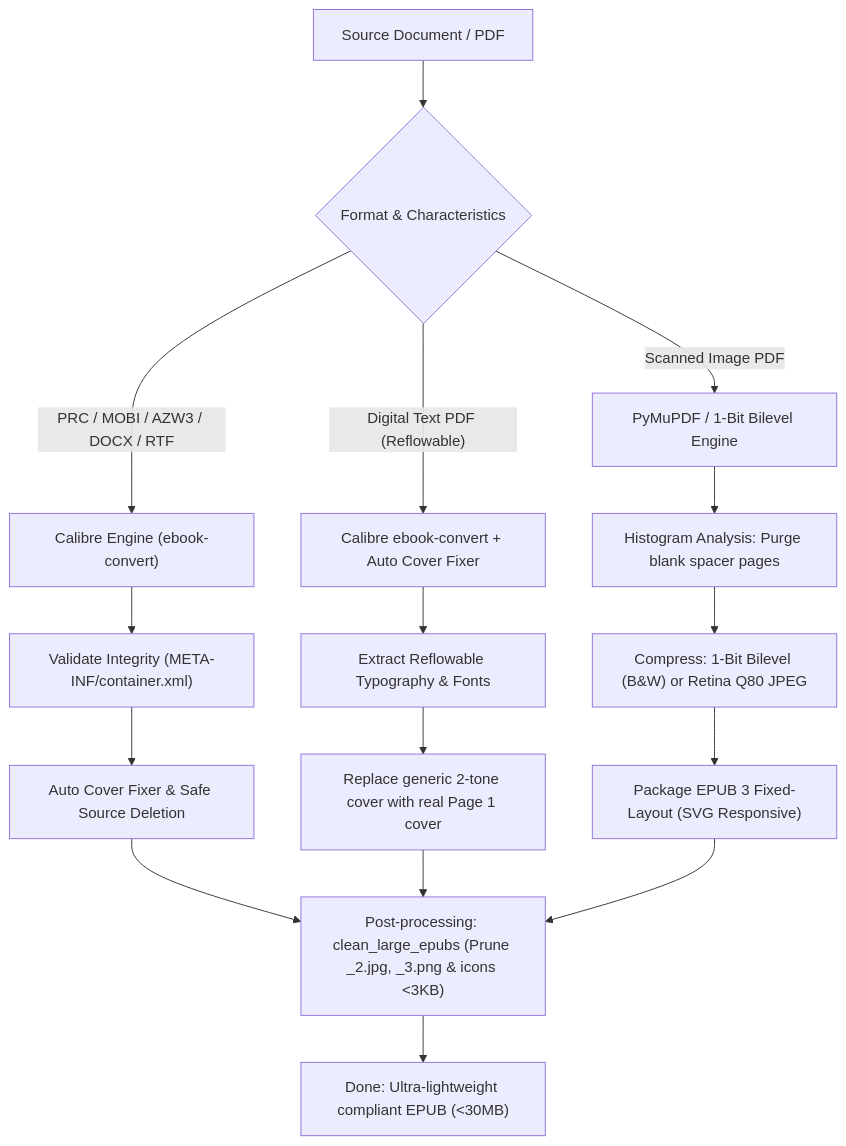
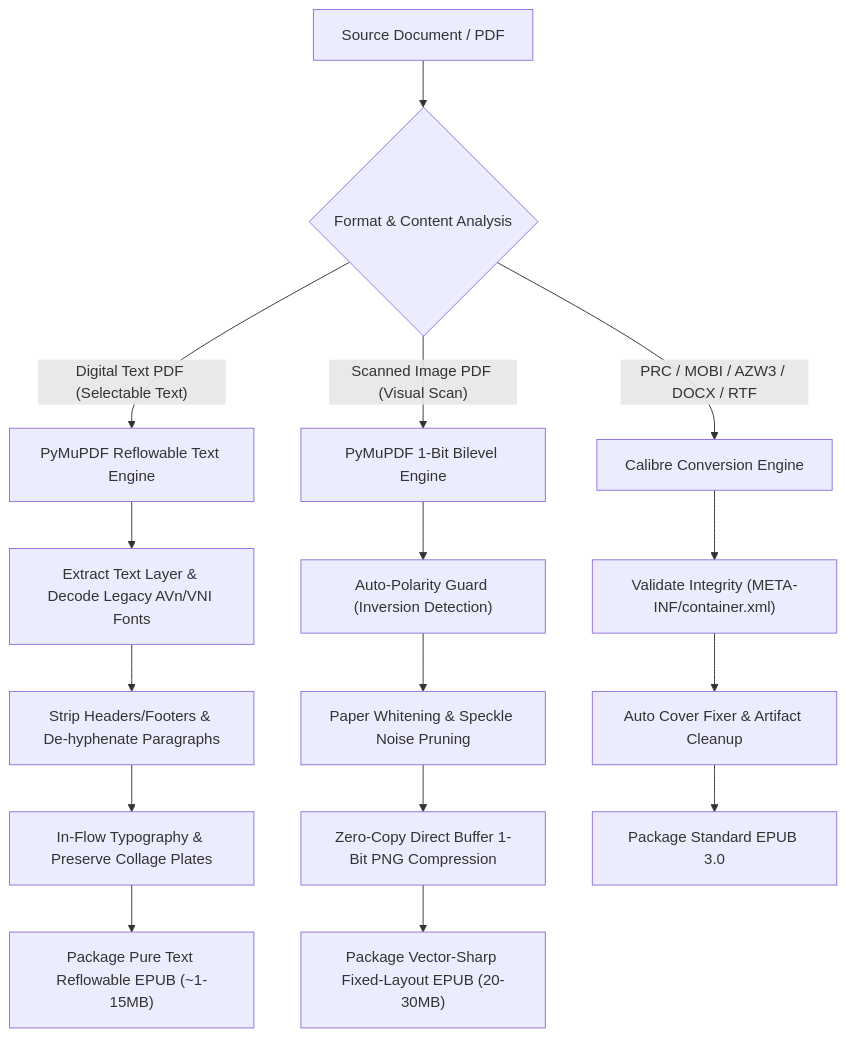
The diagram in SKILL.md (trungtypo-png/epub1t), drawn with Mermaid before and after one commit. The commit also changed 3 other files, not shown here.

Commit message:
docs: add explicit pipeline processing flowcharts (pdf text vs pdf scan) and remove obsolete TODO

````diff
--- a/SKILL.md
+++ b/SKILL.md
@@ -44,22 +44,21 @@
 ```mermaid
 flowchart TD
-    A["Source Document / PDF"] --> B{"Format & Characteristics"}
+    A["Source Document / PDF"] --> B{"Format & Content Analysis"}
     
-    B -->|"PRC / MOBI / AZW3 / DOCX / RTF"| C["Calibre Engine (ebook-convert)"]
+    B -->|"Digital Text PDF (Selectable Text)"| D["PyMuPDF Reflowable Text Engine"]
+    D --> D1["Extract Text Layer & Decode Legacy AVn/VNI Fonts"]
+    D1 --> D2["Strip Headers/Footers & De-hyphenate Paragraphs"]
+    D2 --> D3["In-Flow Typography & Preserve Collage Plates"]
+    D3 --> D4["Package Pure Text Reflowable EPUB (~1-15MB)"]
+    
+    B -->|"Scanned Image PDF (Visual Scan)"| E["PyMuPDF 1-Bit Bilevel Engine"]
+    E --> E1["Auto-Polarity Guard (Inversion Detection)"]
+    E1 --> E2["Paper Whitening & Speckle Noise Pruning"]
+    E2 --> E3["Zero-Copy Direct Buffer 1-Bit PNG Compression"]
+    E3 --> E4["Package Vector-Sharp Fixed-Layout EPUB (20-30MB)"]
+
+    B -->|"PRC / MOBI / AZW3 / DOCX / RTF"| C["Calibre Conversion Engine"]
     C --> C1["Validate Integrity (META-INF/container.xml)"]
-    C1 --> C2["Auto Cover Fixer & Safe Source Deletion"]
-    
-    B -->|"Digital Text PDF (Reflowable)"| D["Calibre ebook-convert + Auto Cover Fixer"]
-    D --> D1["Extract Reflowable Typography & Fonts"]
-    D1 --> D2["Replace generic 2-tone cover with real Page 1 cover"]
-    
-    B -->|"Scanned Image PDF"| E["PyMuPDF / 1-Bit Bilevel Engine"]
-    E --> E1["Histogram Analysis: Purge blank spacer pages"]
-    E1 --> E2["Compress: 1-Bit Bilevel (B&W) or Retina Q80 JPEG"]
-    E2 --> E3["Package EPUB 3 Fixed-Layout (SVG Responsive)"]
-    
-    C2 --> F["Post-processing: clean_large_epubs (Prune _2.jpg, _3.png & icons <3KB)"]
-    D2 --> F
-    E3 --> F
-    F --> G["Done: Ultra-lightweight compliant EPUB (<30MB)"]
+    C1 --> C2["Auto Cover Fixer & Artifact Cleanup"]
+    C2 --> C3["Package Standard EPUB 3.0"]
 ```
````
